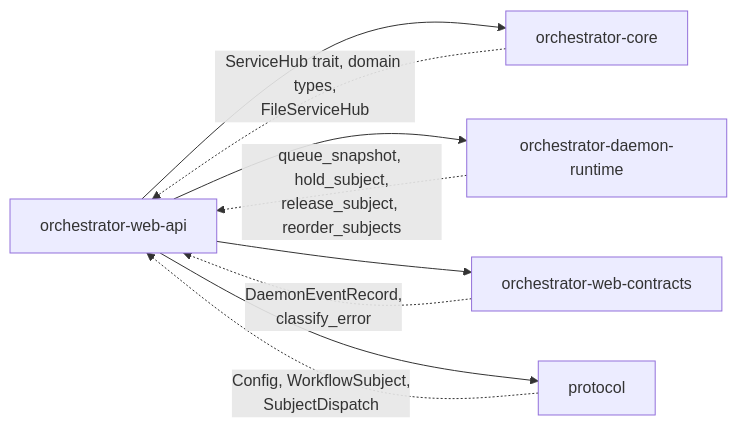
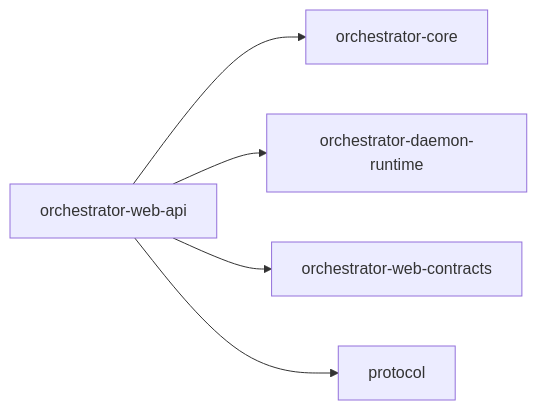
The second of 2 diagrams in crates/orchestrator-web-api/README.md (launchapp-dev/animus-cli), drawn with Mermaid before and after one commit. The commit also changed other lines of this file and 15 other files, not shown here.

````diff
--- a/crates/orchestrator-web-api/README.md
+++ b/crates/orchestrator-web-api/README.md
@@ -137,14 +58,13 @@
 ```mermaid
 graph LR
-    WEB_API[orchestrator-web-api]
+    API["orchestrator-web-api"]
+    CORE["orchestrator-core"]
+    DRT["orchestrator-daemon-runtime"]
+    CONTRACTS["orchestrator-web-contracts"]
+    PROTO["protocol"]
 
-    WEB_API --> CORE[orchestrator-core]
-    WEB_API --> DAEMON_RT[orchestrator-daemon-runtime]
-    WEB_API --> CONTRACTS[orchestrator-web-contracts]
-    WEB_API --> PROTOCOL[protocol]
-
-    CORE -.->|ServiceHub trait, domain types,<br/>FileServiceHub| WEB_API
-    DAEMON_RT -.->|queue_snapshot, hold_subject,<br/>release_subject, reorder_subjects| WEB_API
-    CONTRACTS -.->|DaemonEventRecord,<br/>classify_error| WEB_API
-    PROTOCOL -.->|Config, WorkflowSubject,<br/>SubjectDispatch| WEB_API
+    API --> CORE
+    API --> DRT
+    API --> CONTRACTS
+    API --> PROTO
 ```
````
